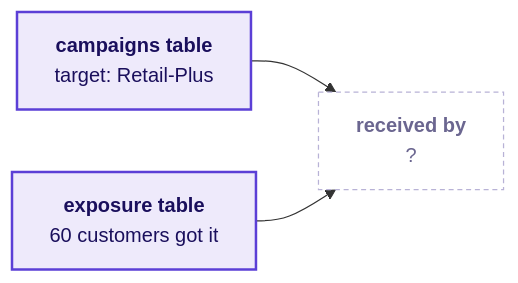
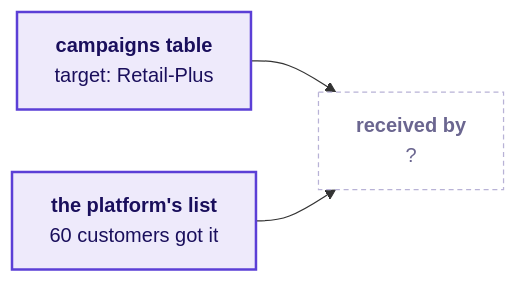
Before and after one commit to fde-academy-lab/c2-content-factory: the second of 15 diagrams in content/W01/D4/slides/C2_W01_D04_half2_STUDENT.md, drawn with Mermaid. The commit also changed other lines of this file and 4 other files, not shown here.

````diff
--- a/content/W01/D4/slides/C2_W01_D04_half2_STUDENT.md
+++ b/content/W01/D4/slides/C2_W01_D04_half2_STUDENT.md
@@ -109,9 +118,9 @@
 ```mermaid
 flowchart LR
     T["<b>campaigns table</b><br/>target: Retail-Plus"] --> Q["<b>received by</b><br/>?"]
-    E["<b>exposure table</b><br/>60 customers got it"] --> Q
+    E["<b>the platform's list</b><br/>60 customers got it"] --> Q
     classDef known fill:#EEEAFB,stroke:#5B3FD6,color:#1A0F5C,stroke-width:2px
     classDef unknown fill:#FFFFFF,stroke:#B8B2D6,color:#6B6690,stroke-dasharray:4 3
     class T,E known
     class Q unknown
 ```
````
